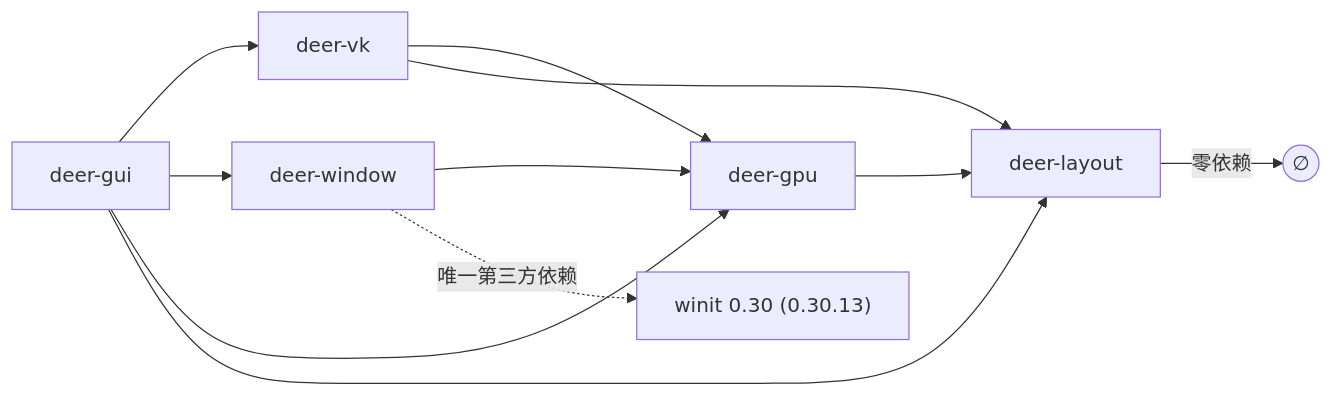
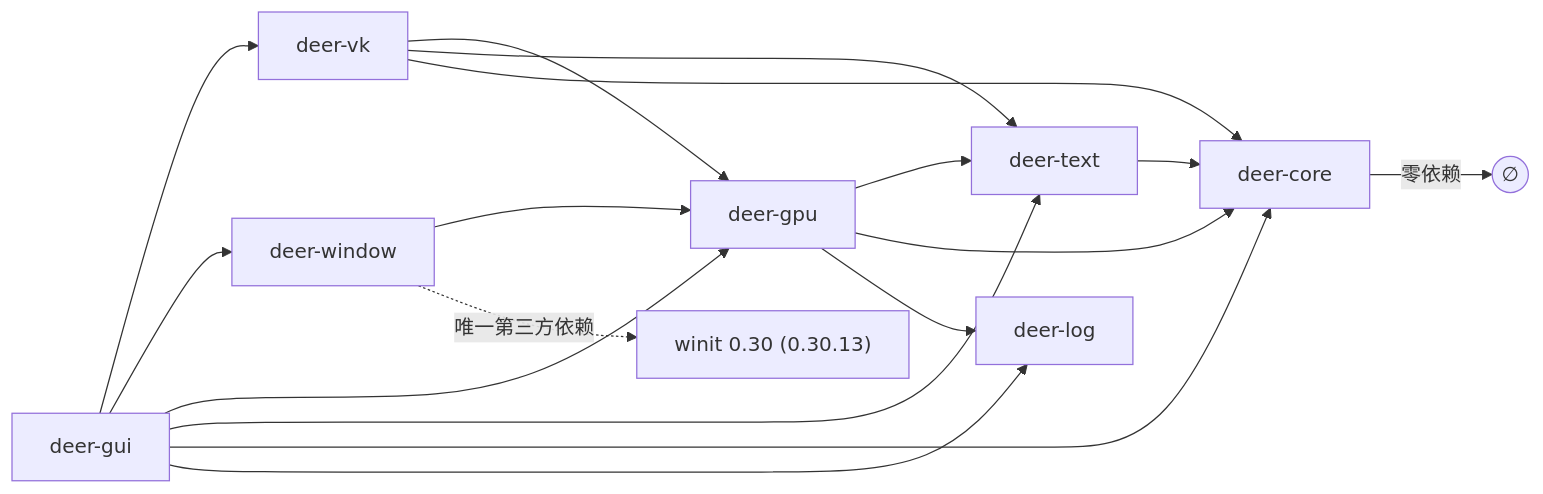
One commit to DeerLuuu/deer-gui changed the second of 3 diagrams in docs/ARCHITECTURE.md. Above: the diagram before and after it, drawn with Mermaid. The commit also changed other lines of this file and 25 other files, not shown here.

First line of the commit message:
docs(layer): LY4 对账 —— crate 拓扑变更同步到全部活文档（deer-core / deer-text 拆分）

````diff
--- a/docs/ARCHITECTURE.md
+++ b/docs/ARCHITECTURE.md
@@ -116,13 +127,19 @@
 ```mermaid
 flowchart LR
     deer-gui --> deer-vk
     deer-gui --> deer-window
     deer-gui --> deer-gpu
-    deer-gui --> deer-layout
+    deer-gui --> deer-text
+    deer-gui --> deer-core
+    deer-gui --> deer-log
     deer-vk --> deer-gpu
-    deer-vk --> deer-layout
+    deer-vk --> deer-text
+    deer-vk --> deer-core
     deer-window --> deer-gpu
-    deer-gpu --> deer-layout
+    deer-gpu --> deer-text
+    deer-gpu --> deer-core
+    deer-gpu --> deer-log
+    deer-text --> deer-core
     deer-window -.->|唯一第三方依赖| winit["winit 0.30 (0.30.13)"]
-    deer-layout -->|零依赖| none(("∅"))
+    deer-core -->|零依赖| none(("∅"))
 ```
````
